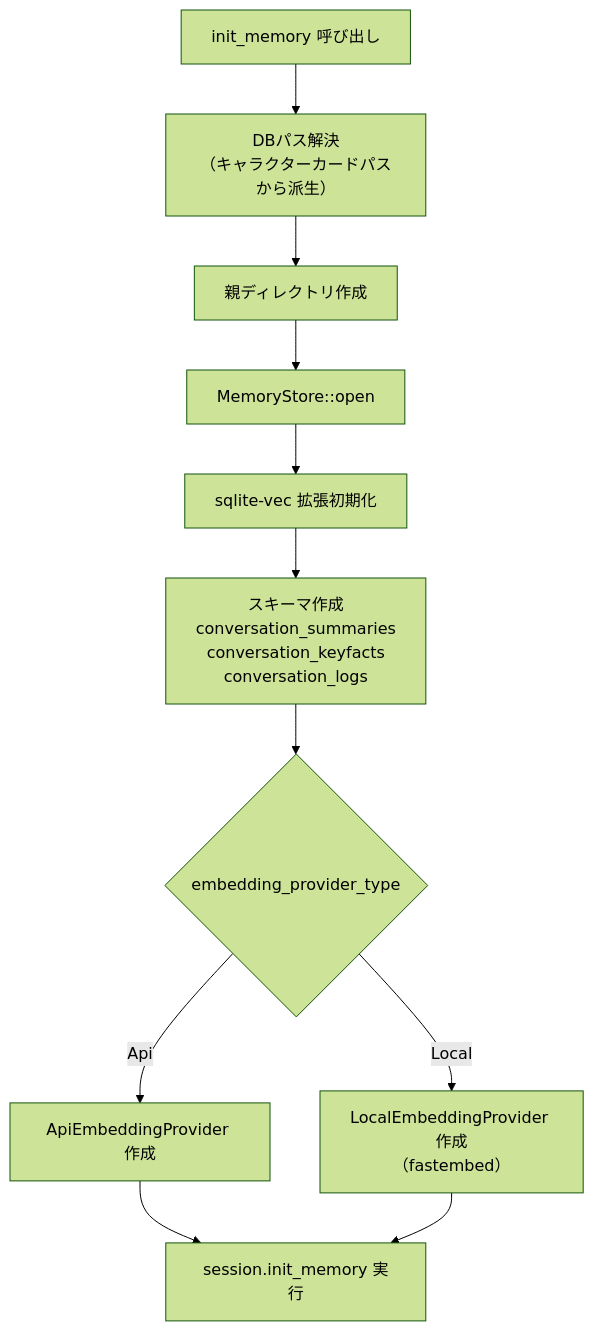
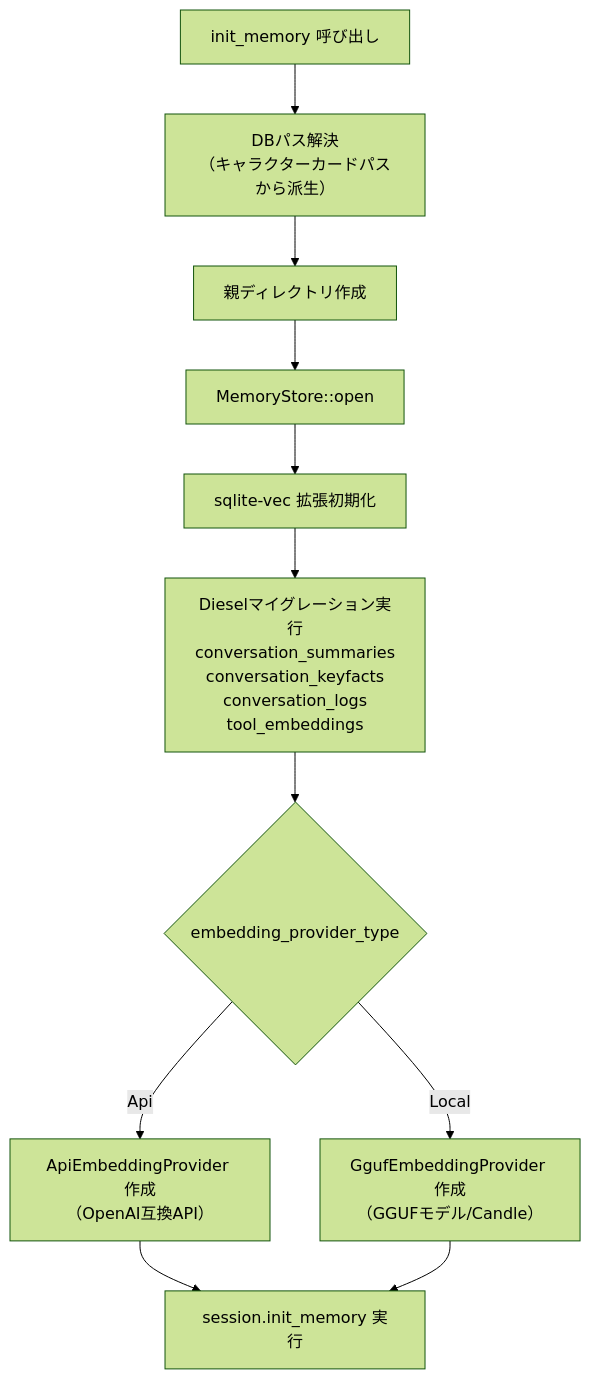
The fifth of 13 diagrams in docs/ai-core-flow.md (pexisgle/ene), drawn with Mermaid (forest theme) before and after one commit. The commit also changed other lines of this file and 29 other files, not shown here.

````diff
--- a/docs/ai-core-flow.md
+++ b/docs/ai-core-flow.md
@@ -242,13 +274,13 @@
 ```mermaid
 flowchart TD
     A[init_memory 呼び出し] --> B[DBパス解決<br/>（キャラクターカードパスから派生）]
     B --> C[親ディレクトリ作成]
     C --> D[MemoryStore::open]
     D --> E[sqlite-vec 拡張初期化]
-    E --> F[スキーマ作成<br/>conversation_summaries<br/>conversation_keyfacts<br/>conversation_logs]
+    E --> F[Dieselマイグレーション実行<br/>conversation_summaries<br/>conversation_keyfacts<br/>conversation_logs<br/>tool_embeddings]
     F --> G{embedding_provider_type}
-    G -->|Api| H[ApiEmbeddingProvider 作成]
-    G -->|Local| I[LocalEmbeddingProvider 作成<br/>（fastembed）]
+    G -->|Api| H[ApiEmbeddingProvider 作成<br/>（OpenAI互換API）]
+    G -->|Local| I[GgufEmbeddingProvider 作成<br/>（GGUFモデル/Candle）]
     H --> J[session.init_memory 実行]
     I --> J
 ```
````
